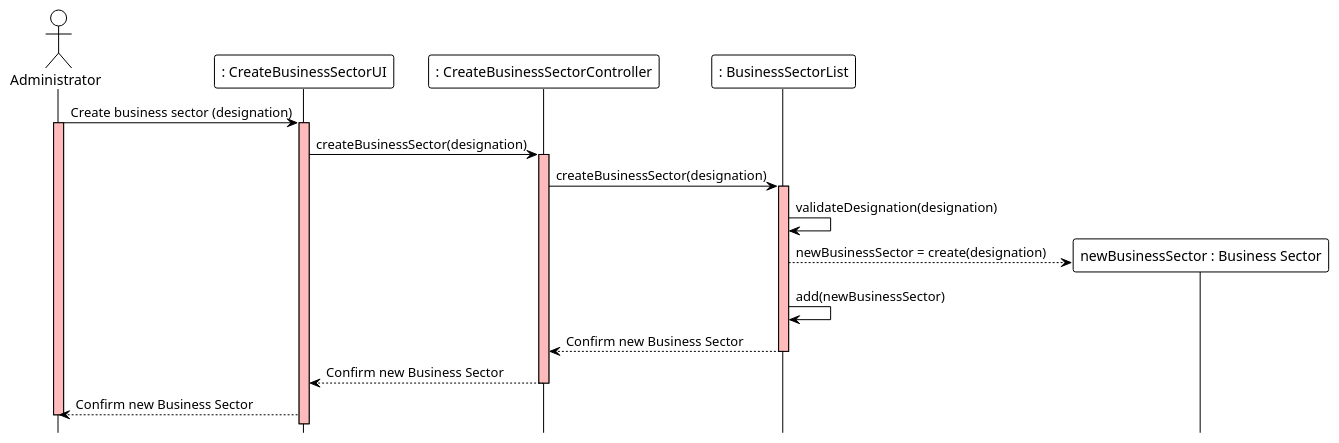
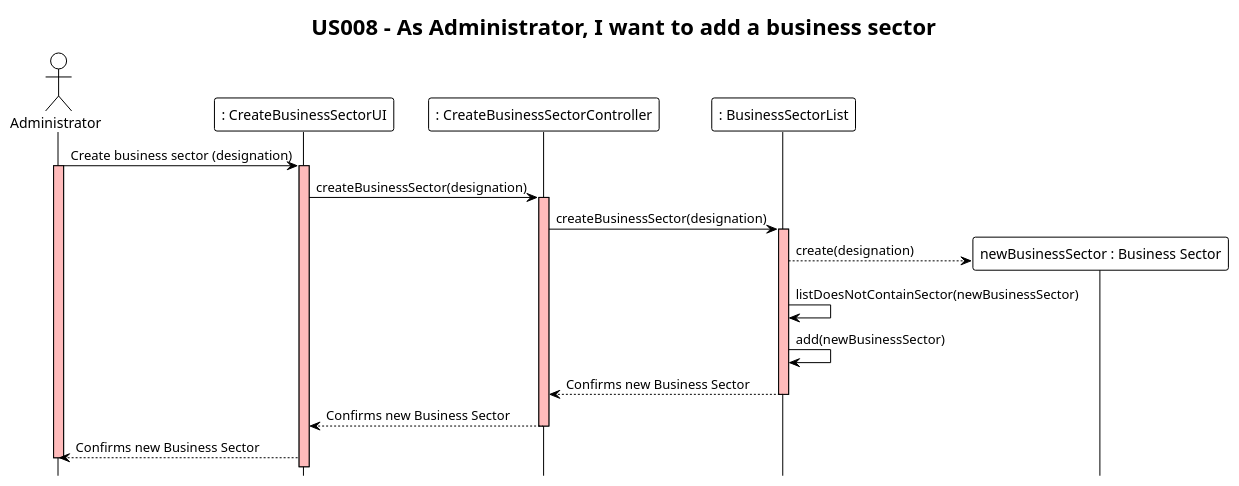
Before and after one commit to ivo-menezes/project_g3: the diagram in docs/modelling_design/user_stories/us008/US008_AddBusinessSectorSD.puml, drawn with PlantUML. The commit also changed 2 other files, not shown here.

```diff
--- a/docs/modelling_design/user_stories/us008/US008_AddBusinessSectorSD.puml
+++ b/docs/modelling_design/user_stories/us008/US008_AddBusinessSectorSD.puml
@@ -1,31 +1,32 @@
 @startuml
 !theme plain
 hide footbox
+title "US008 - As Administrator, I want to add a business sector"
 
 actor Administrator as Administrator
 participant ": CreateBusinessSectorUI" as UI
 participant ": CreateBusinessSectorController" as Controller
 participant ": BusinessSectorList" as List
 participant "newBusinessSector : Business Sector" as Business
 
 Administrator -> UI : Create business sector (designation)
 activate Administrator #FFBBBB
 activate UI #FFBBBB
 
 UI -> Controller : createBusinessSector(designation)
 activate Controller #FFBBBB
 
 Controller -> List : createBusinessSector(designation)
 activate List #FFBBBB
 
-List -> List : validateDesignation(designation)
-List --> Business ** : newBusinessSector = create(designation)
+List --> Business ** : create(designation)
+List -> List : listDoesNotContainSector(newBusinessSector)
 List -> List : add(newBusinessSector)
 
-List --> Controller : Confirm new Business Sector
+List --> Controller : Confirms new Business Sector
 deactivate List
-Controller --> UI : Confirm new Business Sector
+Controller --> UI : Confirms new Business Sector
 deactivate Controller
-UI --> Administrator : Confirm new Business Sector
+UI --> Administrator : Confirms new Business Sector
 deactivate Administrator
 @enduml
```
